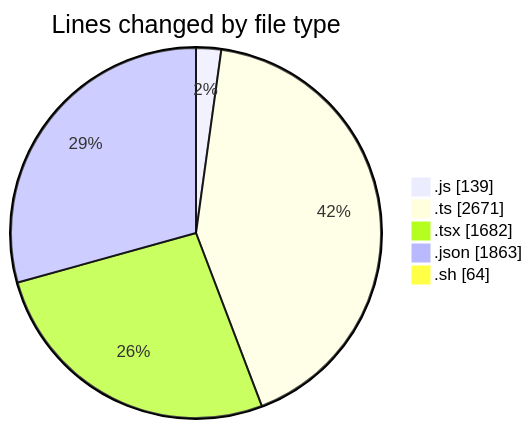
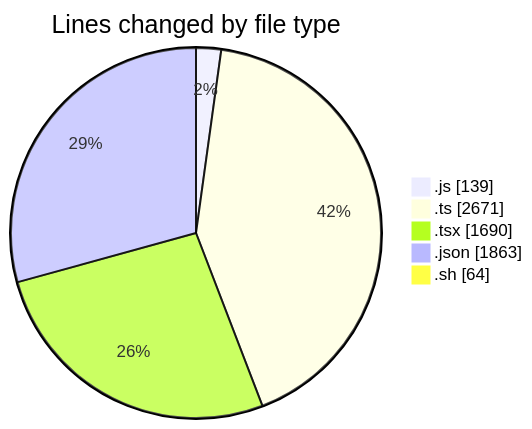
The first of 2 diagrams in 2025-07-14/ribbon/README.md (EIIisD/code-tracking), drawn with Mermaid before and after one commit. The commit also changed other lines of this file and 1 other file, not shown here.

````diff
--- a/2025-07-14/ribbon/README.md
+++ b/2025-07-14/ribbon/README.md
@@ -49,9 +49,9 @@
 ```mermaid
 pie showData
 title Lines changed by file type
 ".js" : 139
 ".ts" : 2671
-".tsx" : 1682
+".tsx" : 1690
 ".json" : 1863
 ".sh" : 64
 ```
````
